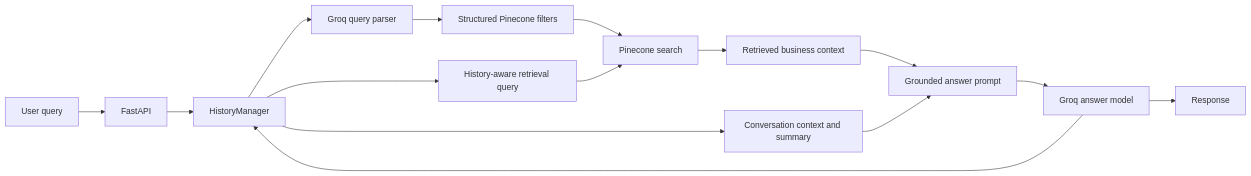
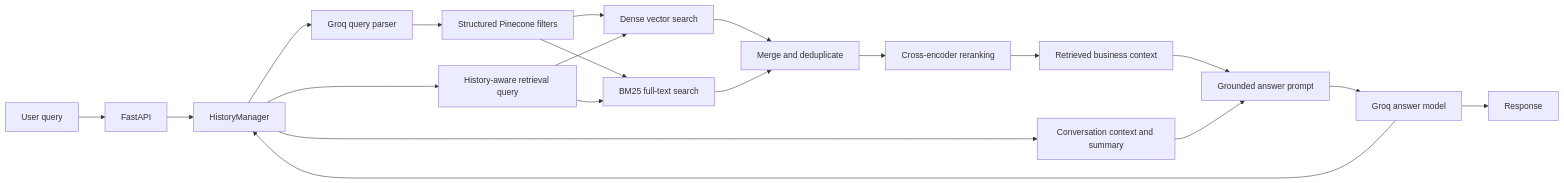
One commit to sufyanAshraf/RAG_ changed the diagram in README.md. Above: the diagram before and after it, drawn with Mermaid. The commit also changed other lines of this file, not shown here.

Commit message:
update README.md to detail hybrid search capabilities and indexing methods

````diff
--- a/README.md
+++ b/README.md
@@ -69,17 +78,22 @@
 ```mermaid
 flowchart LR
 		A[User query] --> B[FastAPI]
 		B --> C[HistoryManager]
 		C --> D[Groq query parser]
 		D --> E[Structured Pinecone filters]
 		C --> F[History-aware retrieval query]
-		E --> G[Pinecone search]
+		E --> G[Dense vector search]
+		E --> H[BM25 full-text search]
 		F --> G
-		G --> H[Retrieved business context]
-		C --> I[Conversation context and summary]
-		H --> J[Grounded answer prompt]
-		I --> J
-		J --> K[Groq answer model]
-		K --> L[Response]
-		K --> C
+		F --> H
+		G --> I[Merge and deduplicate]
+		H --> I
+		I --> J[Cross-encoder reranking]
+		J --> K[Retrieved business context]
+		C --> O[Conversation context and summary]
+		K --> L[Grounded answer prompt]
+		O --> L
+		L --> M[Groq answer model]
+		M --> N[Response]
+		M --> C
 ```
````
